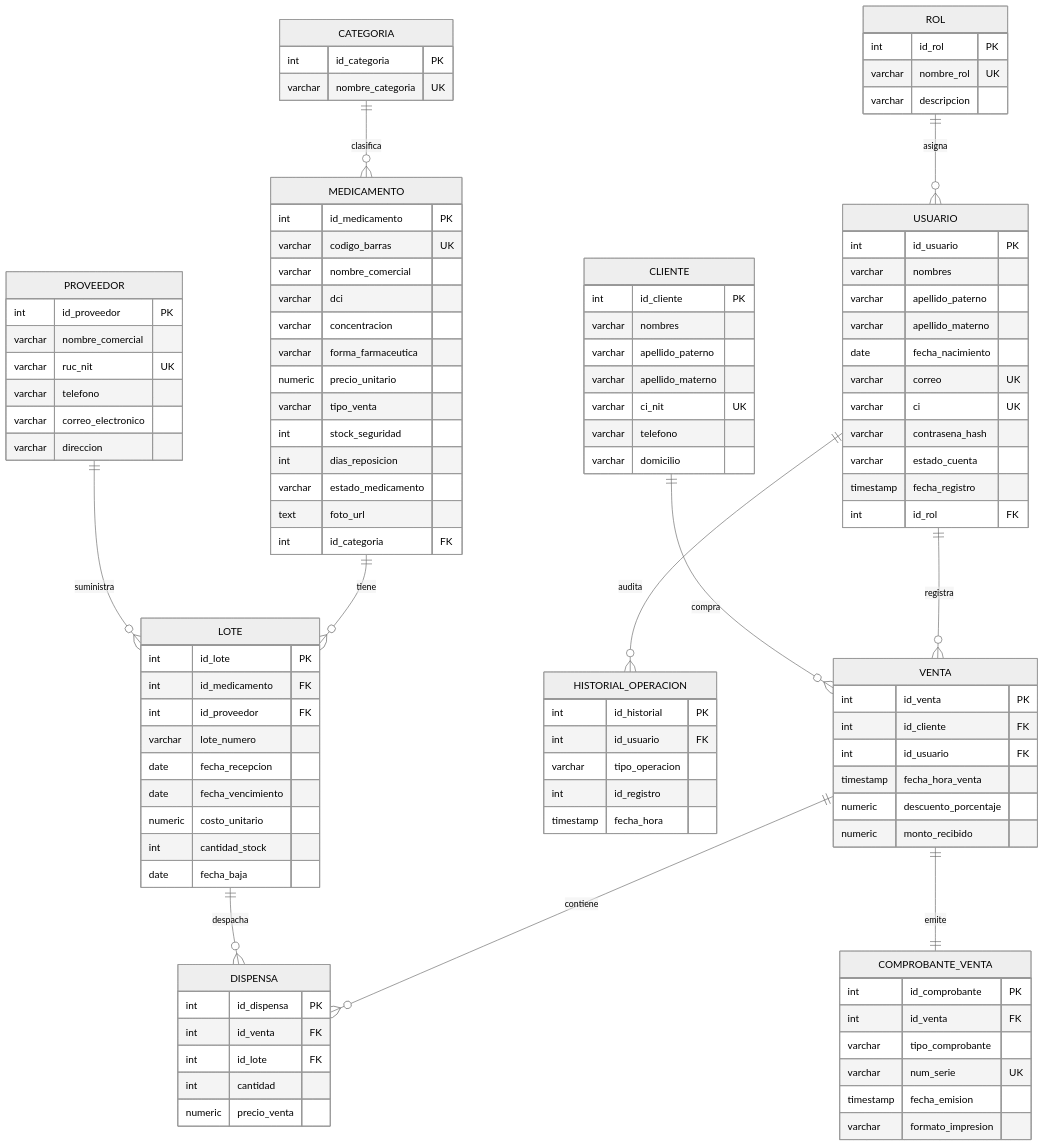
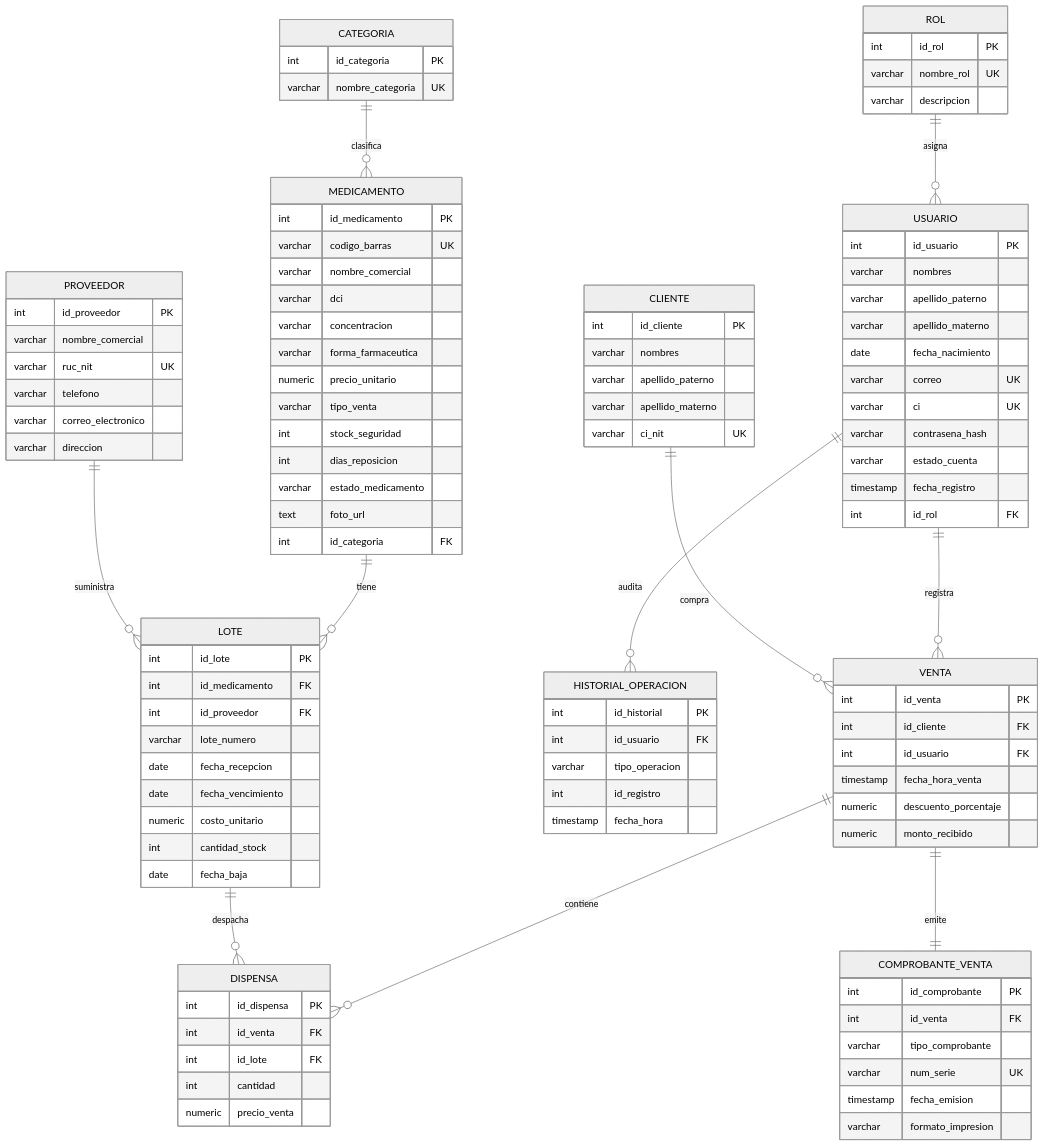
Before and after one commit to T-T-MoY/Software-de-Control-de-Inventario-y-Ventas-para-Farmacias: the first of 2 diagrams in docs/MODELO-DATOS.md, drawn with Mermaid (neutral theme). The commit also changed other lines of this file and 41 other files, not shown here.

```diff
--- a/docs/MODELO-DATOS.md
+++ b/docs/MODELO-DATOS.md
@@ -89,8 +89,6 @@
         varchar apellido_paterno
         varchar apellido_materno
         varchar ci_nit UK
-        varchar telefono
-        varchar domicilio
     }
 
     VENTA {
```
